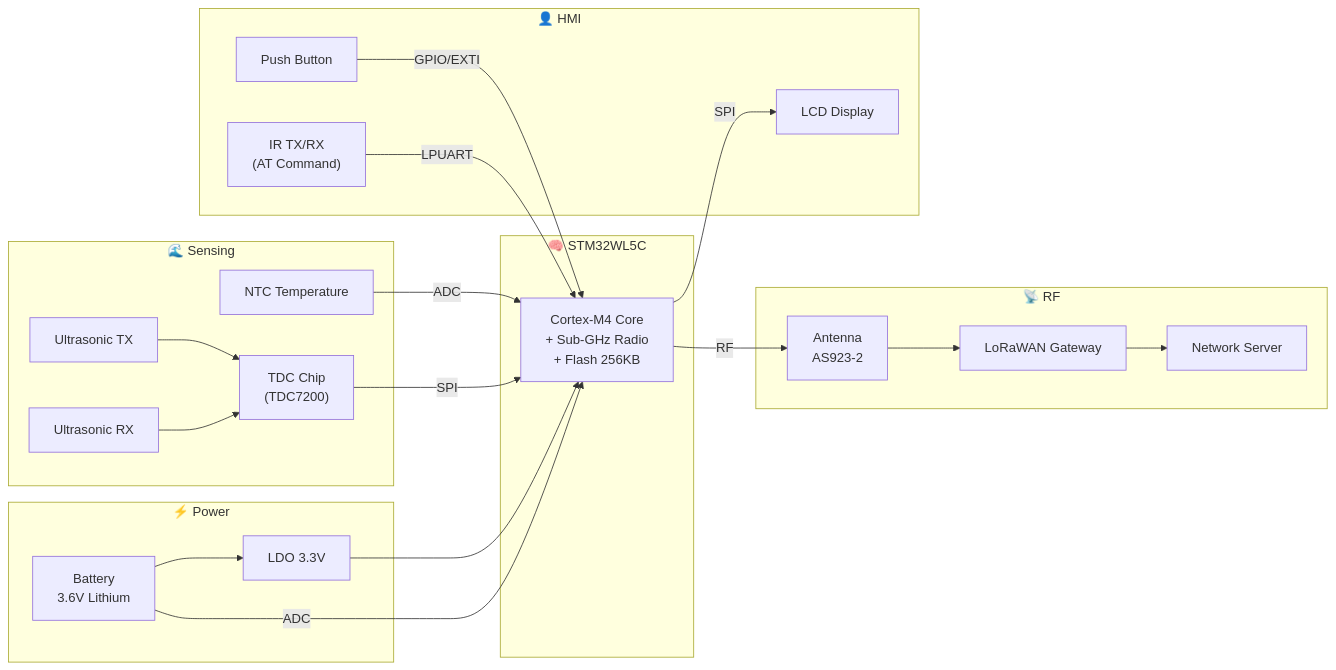
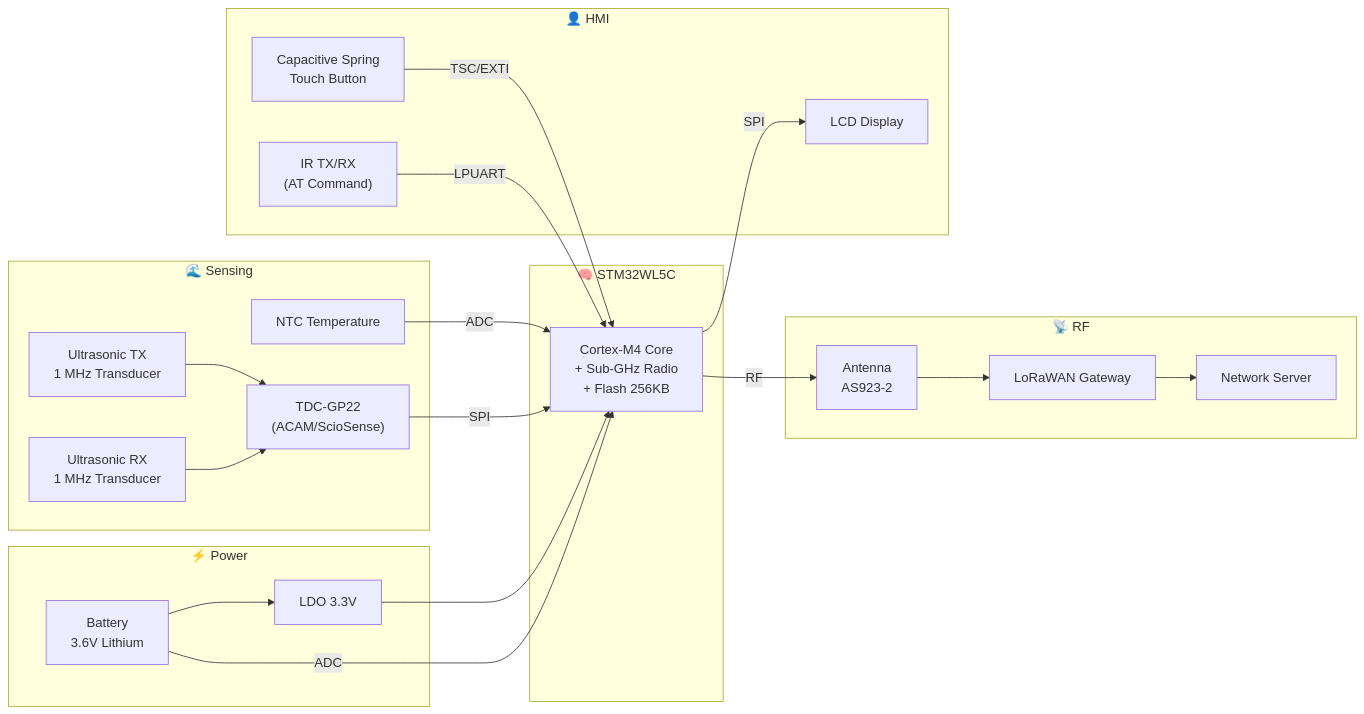
The first of 8 diagrams in documentation/DUT/Firmware_Flowchart_BlockDiagram.md (tuantran0707/WM), drawn with Mermaid before and after one commit. The commit also changed other lines of this file, not shown here.

Commit message:
fix main firmware flowchart and TOF flowchart

````diff
--- a/documentation/DUT/Firmware_Flowchart_BlockDiagram.md
+++ b/documentation/DUT/Firmware_Flowchart_BlockDiagram.md
@@ -9,43 +9,43 @@
 ```mermaid
 flowchart LR
     subgraph PWR["⚡ Power"]
         BAT["Battery<br/>3.6V Lithium"]
         LDO["LDO 3.3V"]
         BAT --> LDO
     end
 
     subgraph SENS["🌊 Sensing"]
-        US_TX["Ultrasonic TX"]
-        US_RX["Ultrasonic RX"]
+        US_TX["Ultrasonic TX<br/>1 MHz Transducer"]
+        US_RX["Ultrasonic RX<br/>1 MHz Transducer"]
         NTC["NTC Temperature"]
-        TDC["TDC Chip<br/>(TDC7200)"]
+        TDC["TDC-GP22<br/>(ACAM/ScioSense)"]
         US_TX --> TDC
         US_RX --> TDC
     end
 
     subgraph MCU["🧠 STM32WL5C"]
         CORE["Cortex-M4 Core<br/>+ Sub-GHz Radio<br/>+ Flash 256KB"]
     end
 
     subgraph HMI["👤 HMI"]
         LCD["LCD Display"]
-        BTN["Push Button"]
+        BTN["Capacitive Spring<br/>Touch Button"]
         IR["IR TX/RX<br/>(AT Command)"]
     end
 
     subgraph RF["📡 RF"]
         ANT["Antenna<br/>AS923-2"]
         GW["LoRaWAN Gateway"]
         SRV["Network Server"]
     end
 
     LDO --> CORE
     TDC -- SPI --> CORE
     NTC -- ADC --> CORE
     BAT -- ADC --> CORE
     CORE -- SPI --> LCD
-    BTN -- GPIO/EXTI --> CORE
+    BTN -- TSC/EXTI --> CORE
     IR -- LPUART --> CORE
     CORE -- RF --> ANT
     ANT --> GW --> SRV
 ```
````
